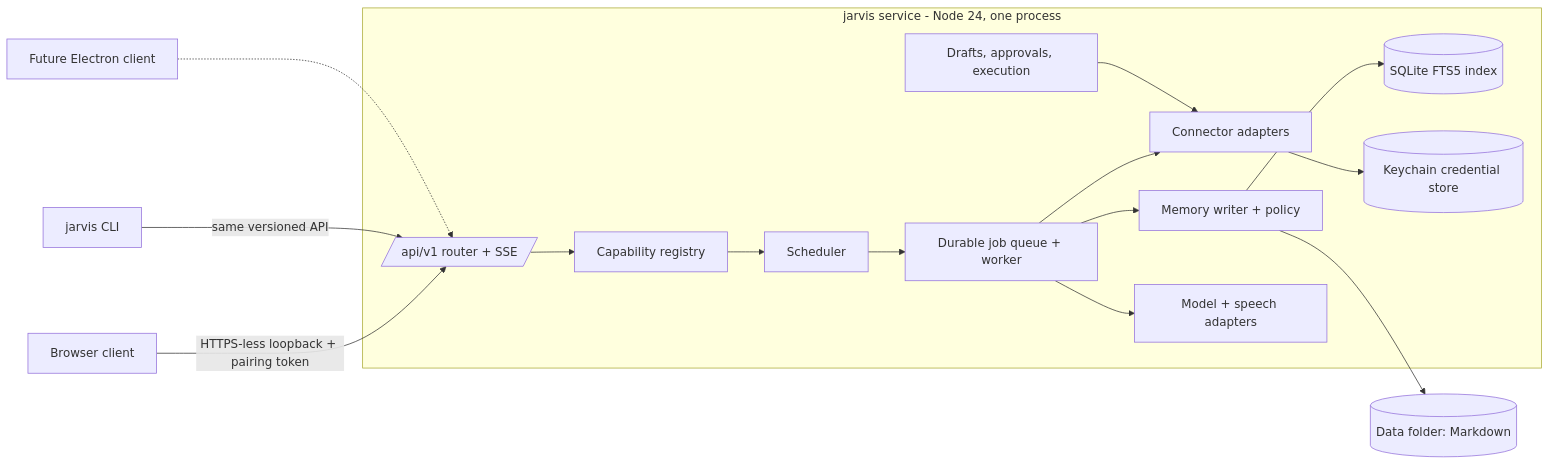
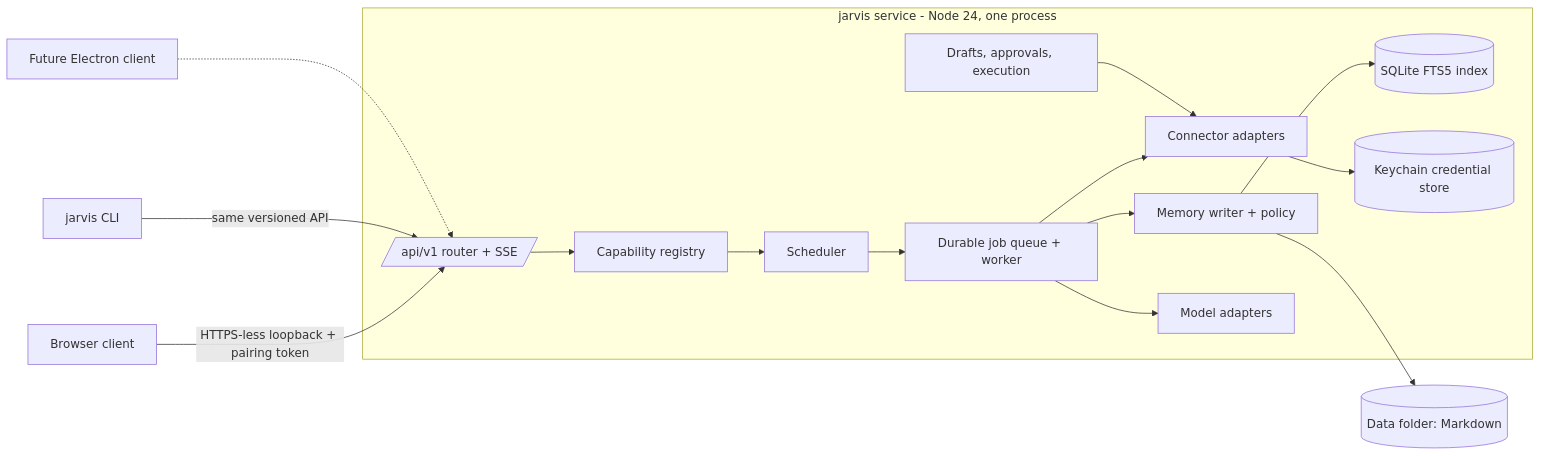
Before and after one commit to emilchristensen/attache: the diagram in docs/architecture.md, drawn with Mermaid. The commit also changed other lines of this file and 29 other files, not shown here.

````diff
--- a/docs/architecture.md
+++ b/docs/architecture.md
@@ -7,24 +7,24 @@
 ```mermaid
 flowchart LR
   Browser[Browser client] -- HTTPS-less loopback + pairing token --> API
   CLI[jarvis CLI] -- same versioned API --> API
   Electron[Future Electron client] -.-> API
   subgraph Service[jarvis service - Node 24, one process]
     API[/api/v1 router + SSE/]
     Registry[Capability registry]
     Memory[Memory writer + policy]
     Index[(SQLite FTS5 index)]
     Jobs[Durable job queue + worker]
     Sched[Scheduler]
     Actions[Drafts, approvals, execution]
     Conn[Connector adapters]
-    Models[Model + speech adapters]
+    Models[Model adapters]
     Creds[(Keychain credential store)]
   end
   API --> Registry --> Sched --> Jobs
   Jobs --> Conn & Models & Memory
   Memory --> Vault[(Data folder: Markdown)]
   Memory --> Index
   Actions --> Conn
   Conn --> Creds
 ```
````
